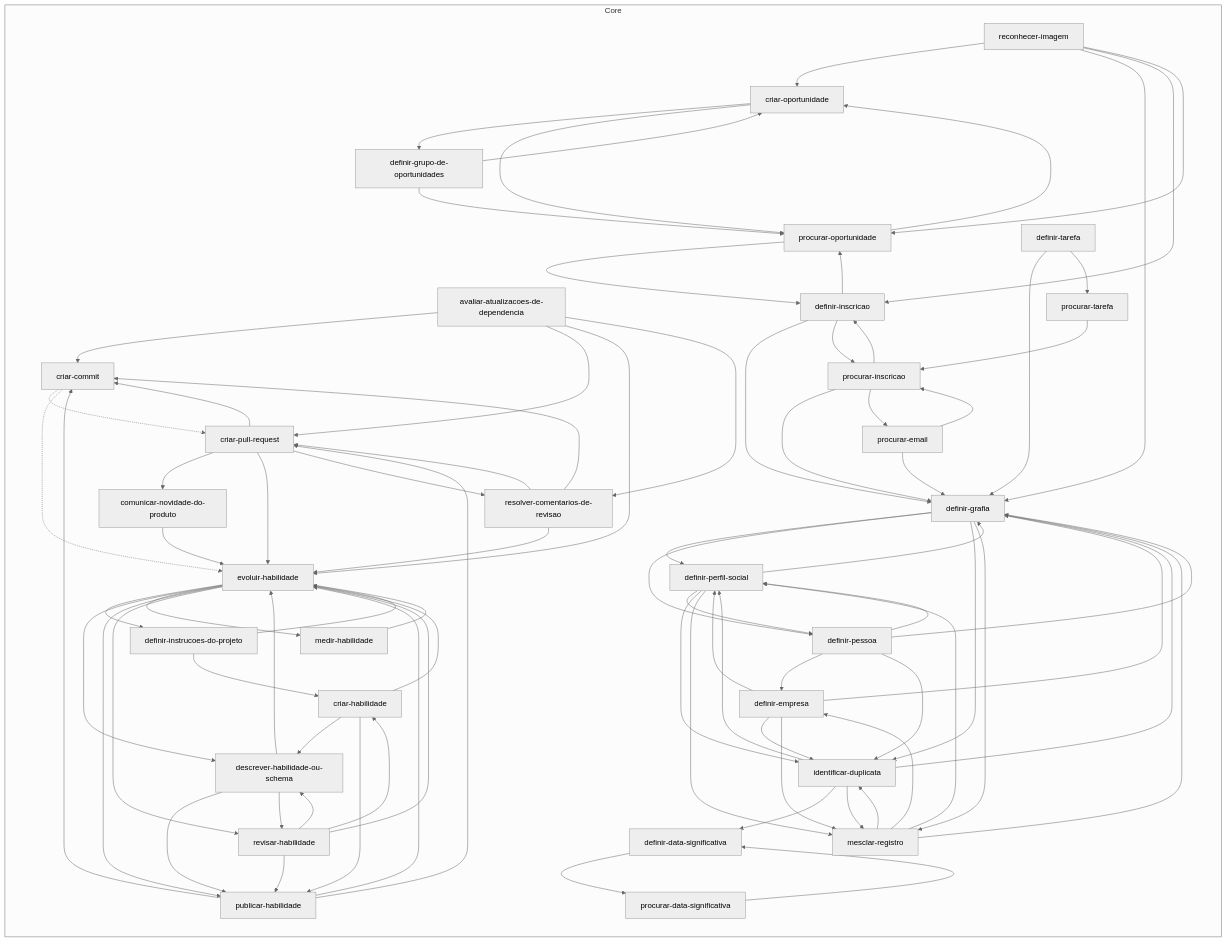
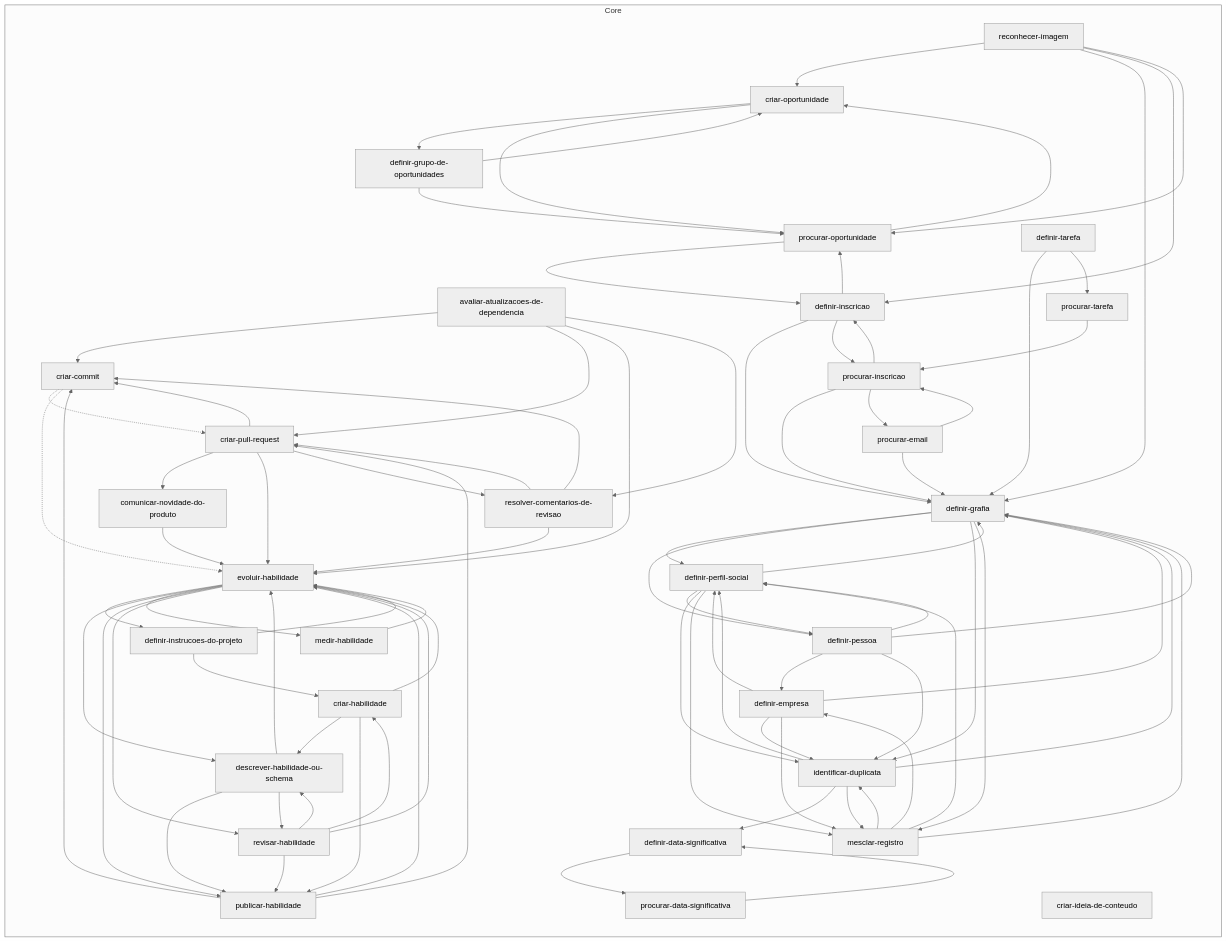
The diagram in .agents/skills/README.md (jimmyandrade/harness), drawn with Mermaid (neutral theme) before and after one commit. The commit also changed 4 other files, not shown here.

First line of the commit message:
feat(criar-ideia-de-conteudo): move the skill to the core

```diff
--- a/.agents/skills/README.md
+++ b/.agents/skills/README.md
@@ -15,6 +15,7 @@
     comunicar_novidade_do_produto["comunicar-novidade-do-produto"]
     criar_commit["criar-commit"]
     criar_habilidade["criar-habilidade"]
+    criar_ideia_de_conteudo["criar-ideia-de-conteudo"]
     criar_oportunidade["criar-oportunidade"]
     criar_pull_request["criar-pull-request"]
     definir_data_significativa["definir-data-significativa"]
```
